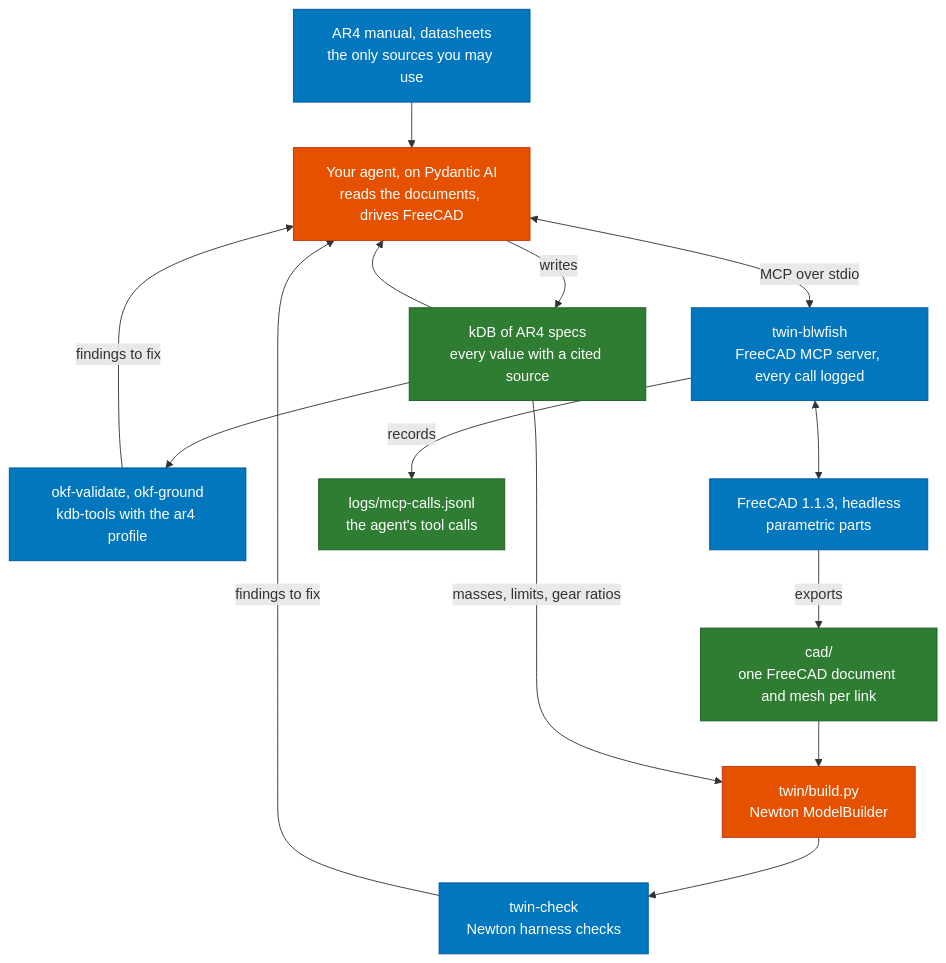
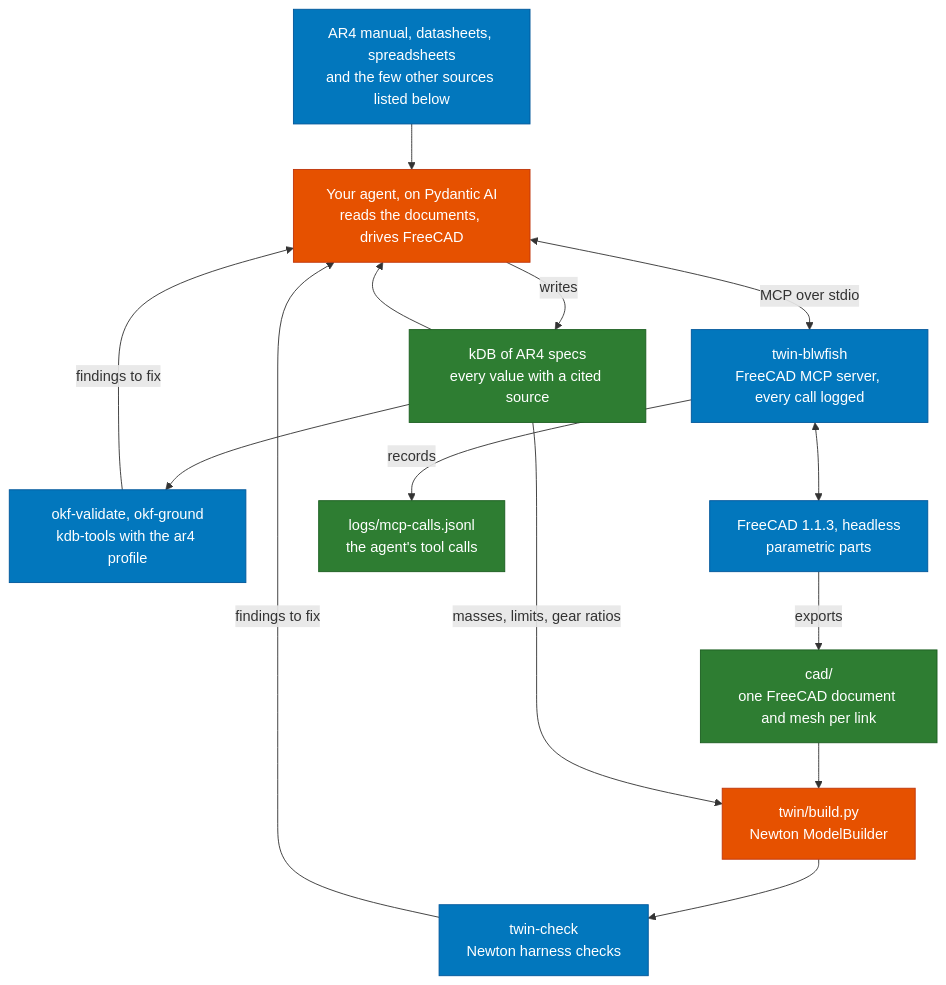
Before and after one commit to pantelis/ar4-digital-twin: the diagram in README.md, drawn with Mermaid. The commit also changed other lines of this file and 16 other files, not shown here.

````diff
--- a/README.md
+++ b/README.md
@@ -18,33 +19,33 @@
 ```mermaid
 graph TB
-    docs["AR4 manual, datasheets<br/>the only sources you may use"]
+    docs["AR4 manual, datasheets, spreadsheets<br/>and the few other sources listed below"]
     kdb["kDB of AR4 specs<br/>every value with a cited source"]
     agent["Your agent, on Pydantic AI<br/>reads the documents, drives FreeCAD"]
     kcheck["okf-validate, okf-ground<br/>kdb-tools with the ar4 profile"]
     mcp["twin-blwfish<br/>FreeCAD MCP server, every call logged"]
     freecad["FreeCAD 1.1.3, headless<br/>parametric parts"]
     cad["cad/<br/>one FreeCAD document and mesh per link"]
     build["twin/build.py<br/>Newton ModelBuilder"]
     calllog["logs/mcp-calls.jsonl<br/>the agent's tool calls"]
     check["twin-check<br/>Newton harness checks"]
 
     docs --> agent -->|"writes"| kdb
     kdb --> agent
     kdb --> kcheck
     kcheck -->|"findings to fix"| agent
     agent <-->|"MCP over stdio"| mcp
     mcp <--> freecad
     mcp -->|"records"| calllog
     freecad -->|"exports"| cad
     cad --> build
     kdb -->|"masses, limits, gear ratios"| build
     build --> check
     check -->|"findings to fix"| agent
 
     classDef yours fill:#e65100,stroke:#bf360c,color:#fff
     classDef given fill:#0277bd,stroke:#01579b,color:#fff
     classDef data fill:#2e7d32,stroke:#1b5e20,color:#fff
     class agent,build yours
     class docs,mcp,freecad,check,kcheck given
     class kdb,cad,calllog data
 ```
````
